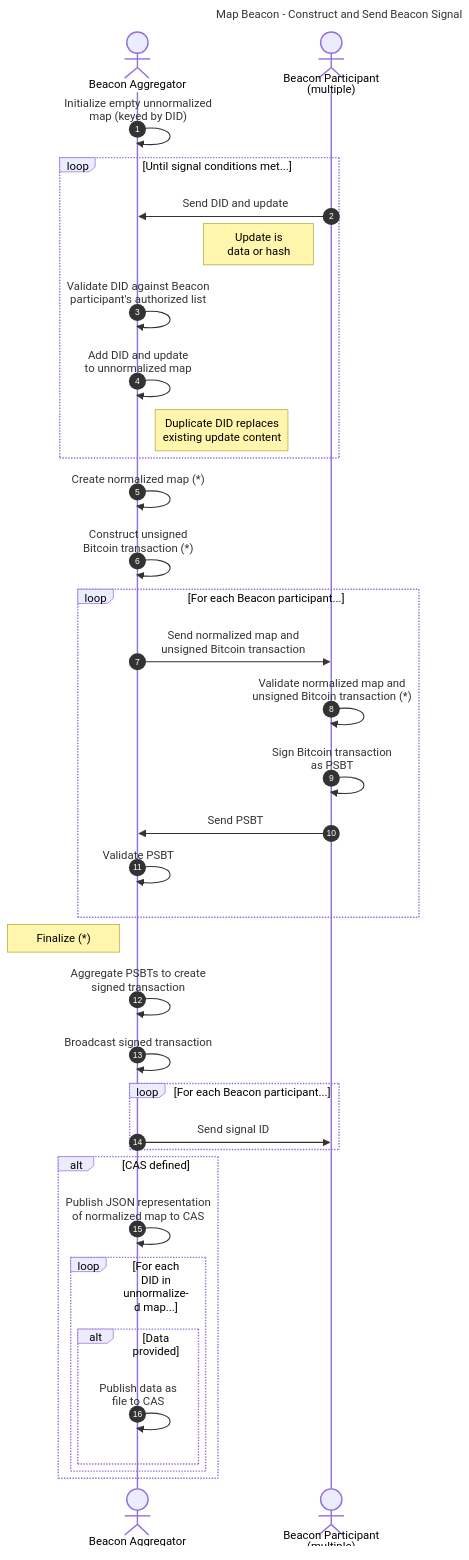
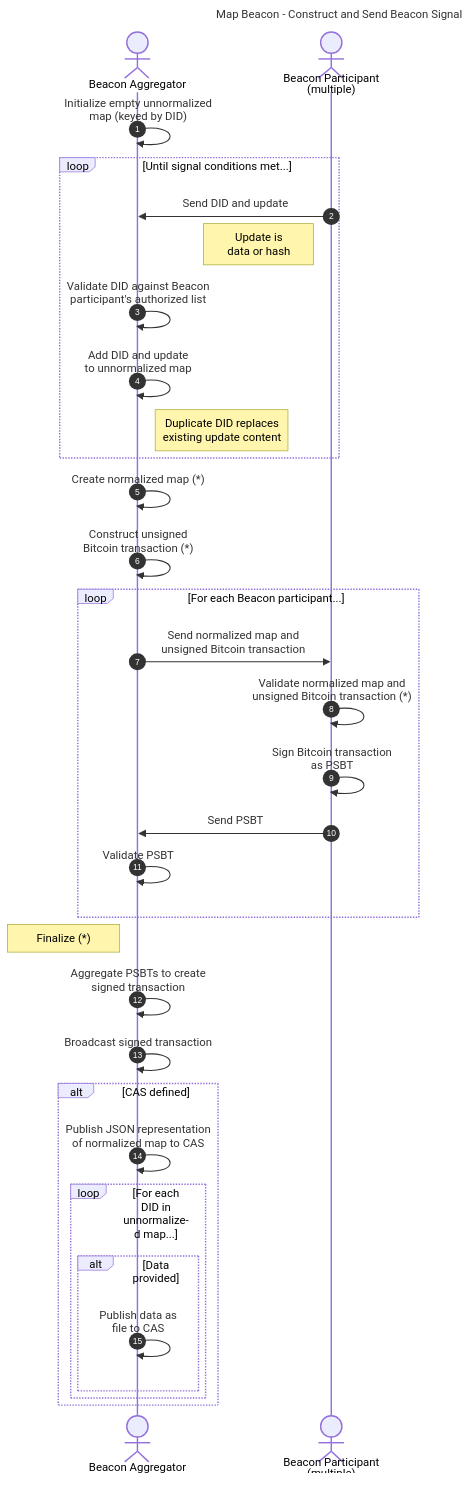
Before and after one commit to dcdpr/did-btc1: the second of 4 diagrams in chapters/Beacons.md, drawn with Mermaid. The commit also changed other lines of this file, not shown here.

Commit message:
Removed unnecessary signal ID per #180.

````diff
--- a/chapters/Beacons.md
+++ b/chapters/Beacons.md
@@ -160,48 +158,44 @@
 ```mermaid
 sequenceDiagram
     autonumber
     title Map Beacon - Construct and Send Beacon Signal
 
     actor A as Beacon Aggregator
     actor R as Beacon Participant<br/>(multiple)
 
     A ->> A: Initialize empty unnormalized<br/>map (keyed by DID)
 
     loop Until signal conditions met...
         R ->> A: Send DID and update
         note left of R: Update is<br/>data or hash
         A ->> A: Validate DID against Beacon<br/>participant's authorized list
         A ->> A: Add DID and update<br/>to unnormalized map
         note right of A: Duplicate DID replaces<br/>existing update content
     end
 
     A ->> A: Create normalized map (*)
     A ->> A: Construct unsigned<br/>Bitcoin transaction (*)
 
     loop For each Beacon participant...
         A ->> R: Send normalized map and<br/>unsigned Bitcoin transaction
         R ->> R: Validate normalized map and<br/>unsigned Bitcoin transaction (*)
         R ->> R: Sign Bitcoin transaction<br/>as PSBT
         R ->> A: Send PSBT
         A ->> A: Validate PSBT
     end
     
     note left of A: Finalize (*)
 
     A ->> A: Aggregate PSBTs to create<br/>signed transaction
     A ->> A: Broadcast signed transaction
 
-    loop For each Beacon participant...
-        A ->> R: Send signal ID
-    end
-
     alt CAS defined
         A ->> A: Publish JSON representation<br/>of normalized map to CAS
 
         loop For each DID in unnormalized map...
             alt Data provided
                 A ->> A: Publish data as<br/>file to CAS
             end
         end
     end
 ```
````
